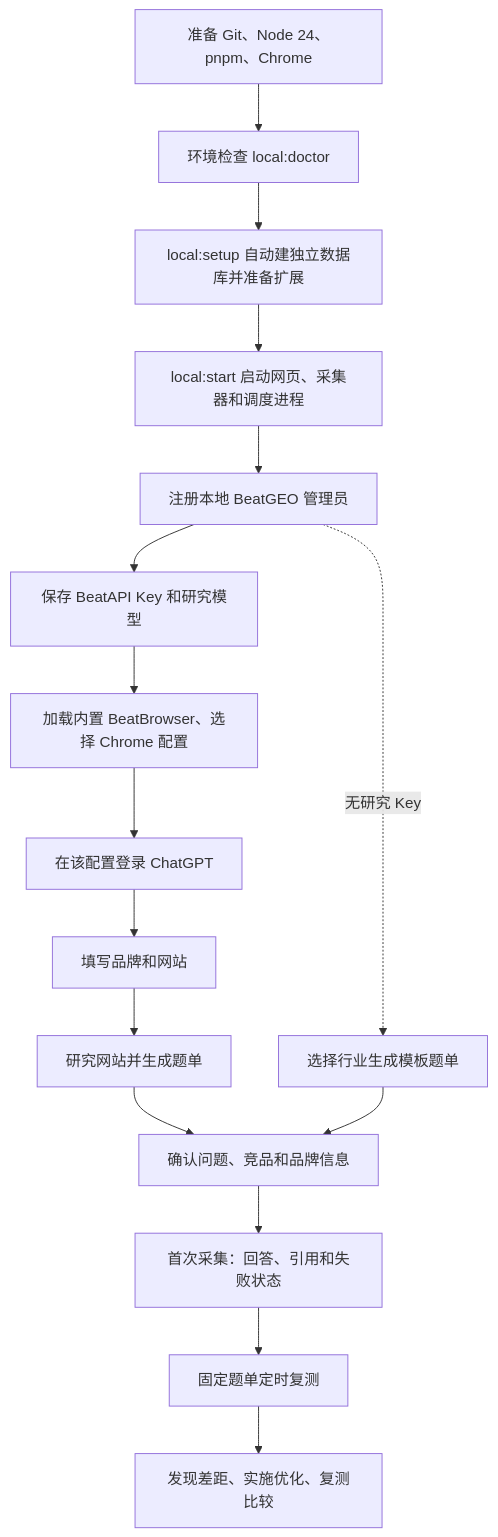
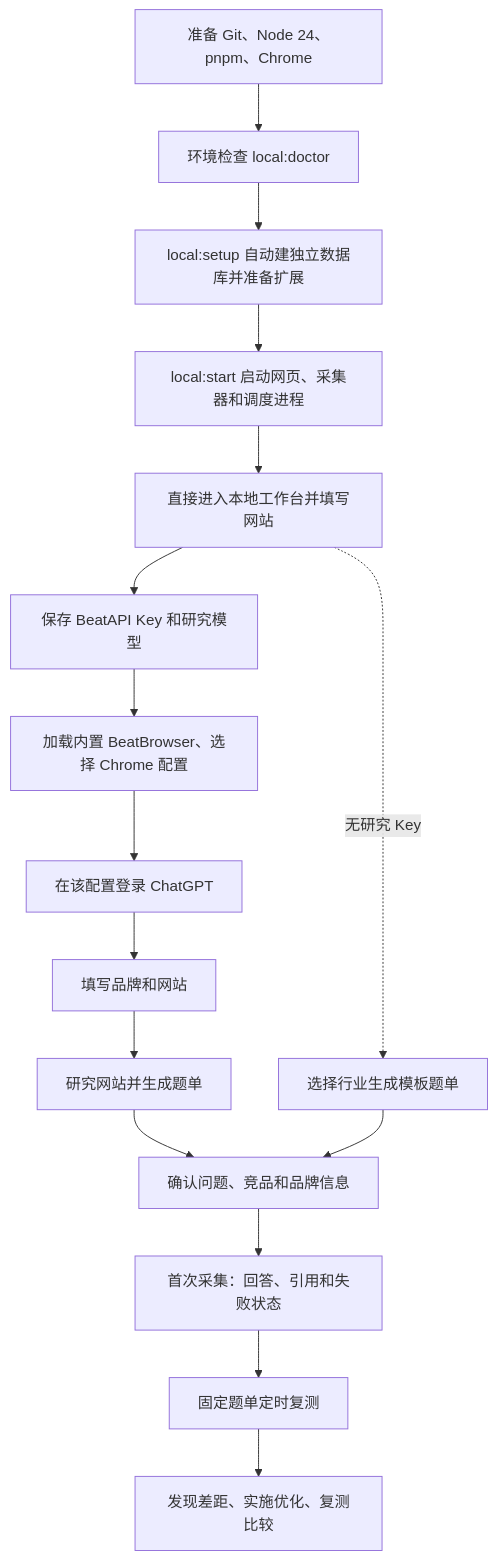
Before and after one commit to BeatAPI/BeatGEO: the first of 2 diagrams in docs/beat-geo/getting-started.md, drawn with Mermaid. The commit also changed other lines of this file and 80 other files, not shown here.

````diff
--- a/docs/beat-geo/getting-started.md
+++ b/docs/beat-geo/getting-started.md
@@ -5,18 +5,18 @@
 ```mermaid
 flowchart TD
     A[准备 Git、Node 24、pnpm、Chrome] --> B[环境检查 local:doctor]
     B --> C[local:setup 自动建独立数据库并准备扩展]
     C --> D[local:start 启动网页、采集器和调度进程]
-    D --> E[注册本地 BeatGEO 管理员]
+    D --> E[直接进入本地工作台并填写网站]
     E --> F[保存 BeatAPI Key 和研究模型]
     F --> G[加载内置 BeatBrowser、选择 Chrome 配置]
     G --> H[在该配置登录 ChatGPT]
     H --> I[填写品牌和网站]
     I --> J[研究网站并生成题单]
     J --> K[确认问题、竞品和品牌信息]
     K --> L[首次采集：回答、引用和失败状态]
     L --> M[固定题单定时复测]
     M --> N[发现差距、实施优化、复测比较]
     E -. 无研究 Key .-> O[选择行业生成模板题单]
     O --> K
 ```
````
